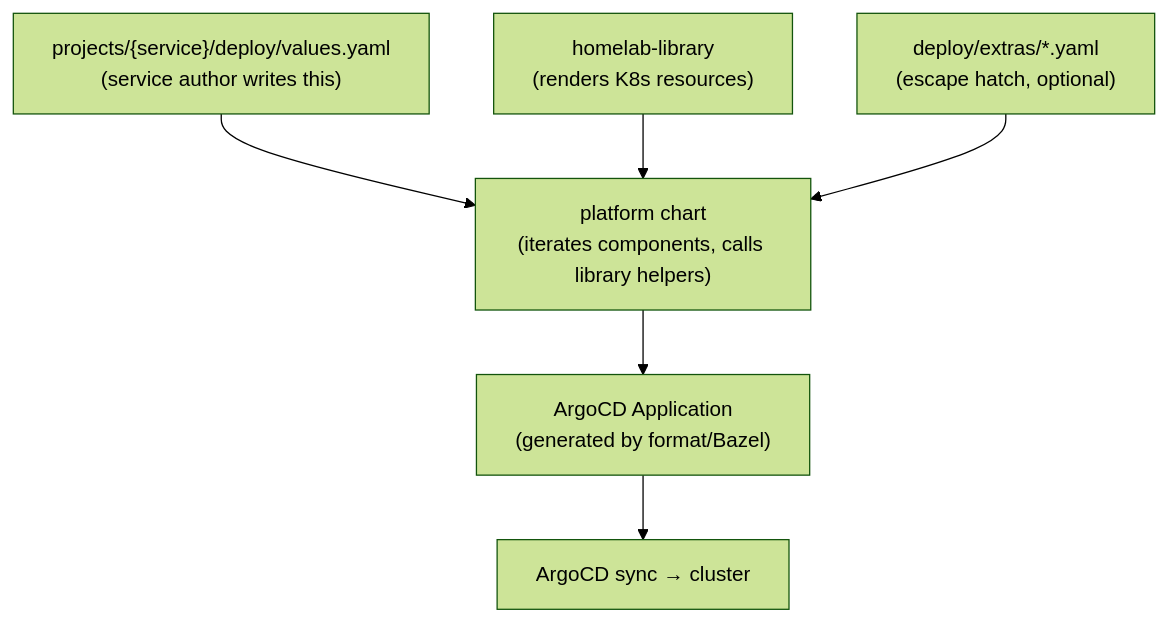
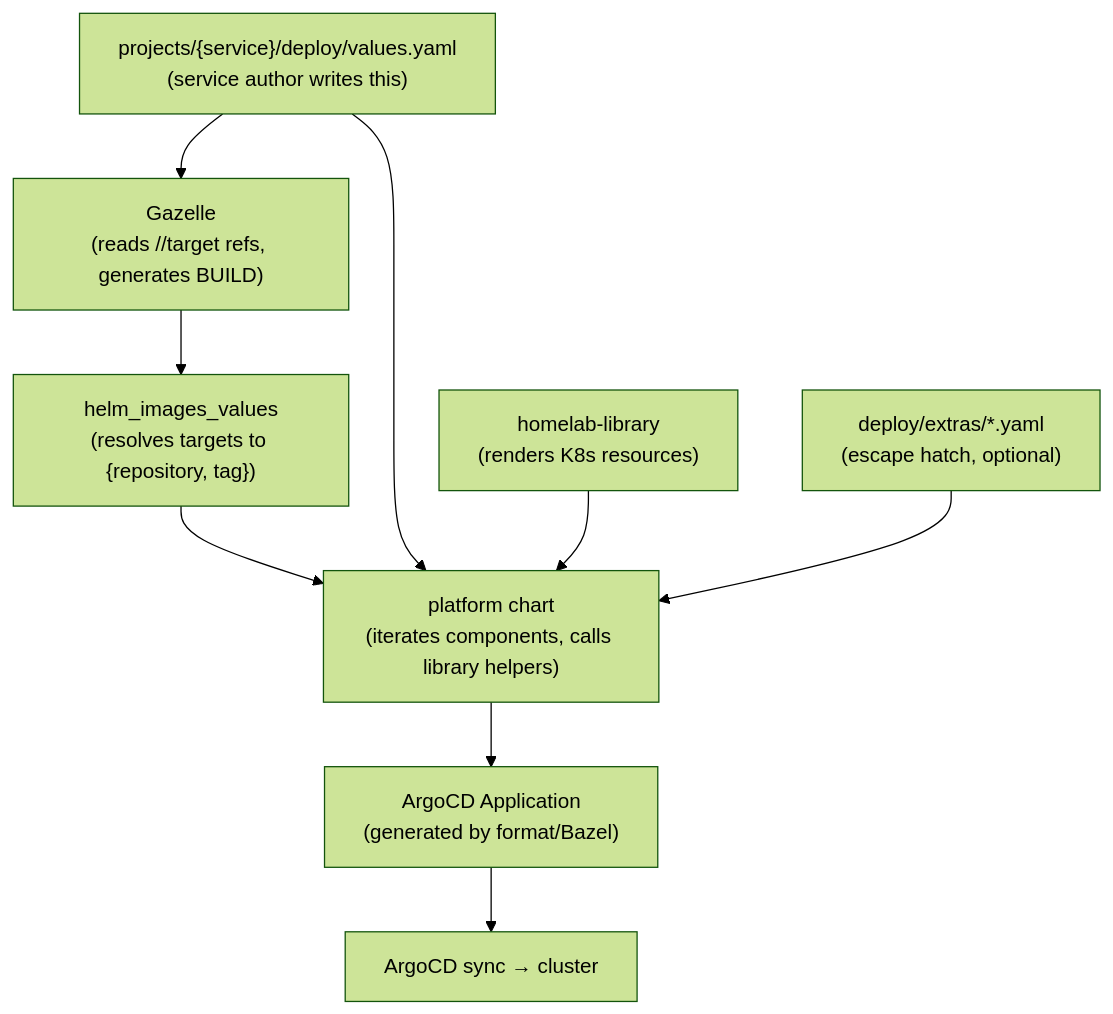
The diagram in docs/decisions/tooling/003-platform-chart.md (jomcgi/homelab), drawn with Mermaid (forest theme) before and after one commit. The commit also changed other lines of this file, not shown here.

First line of the commit message:
docs(adr): add Bazel target image refs and Gazelle auto-wiring

````diff
--- a/docs/decisions/tooling/003-platform-chart.md
+++ b/docs/decisions/tooling/003-platform-chart.md
@@ -146,9 +196,12 @@
 ```mermaid
 graph TD
-    A["projects/{service}/deploy/values.yaml<br/>(service author writes this)"] --> B["platform chart<br/>(iterates components, calls library helpers)"]
+    A["projects/{service}/deploy/values.yaml<br/>(service author writes this)"] --> G["Gazelle<br/>(reads //target refs, generates BUILD)"]
+    G --> H["helm_images_values<br/>(resolves targets to {repository, tag})"]
+    H --> B["platform chart<br/>(iterates components, calls library helpers)"]
+    A --> B
     C["homelab-library<br/>(renders K8s resources)"] --> B
     B --> D["ArgoCD Application<br/>(generated by format/Bazel)"]
     D --> E["ArgoCD sync → cluster"]
 
     F["deploy/extras/*.yaml<br/>(escape hatch, optional)"] --> B
 ```
````
